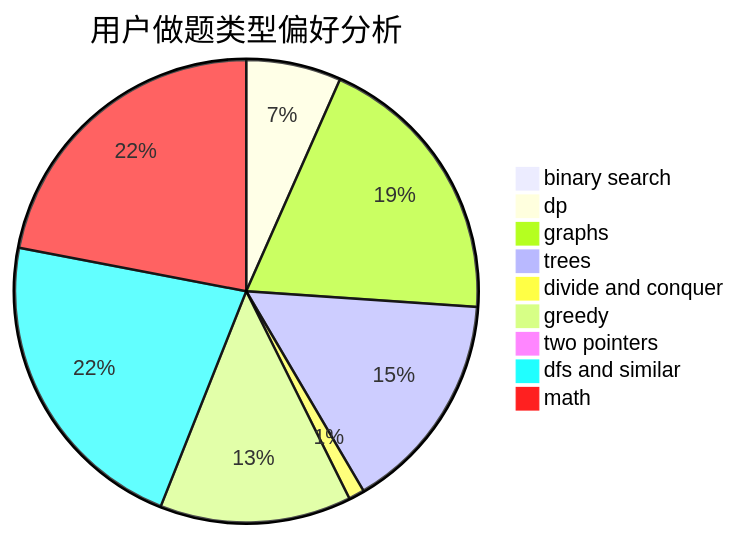
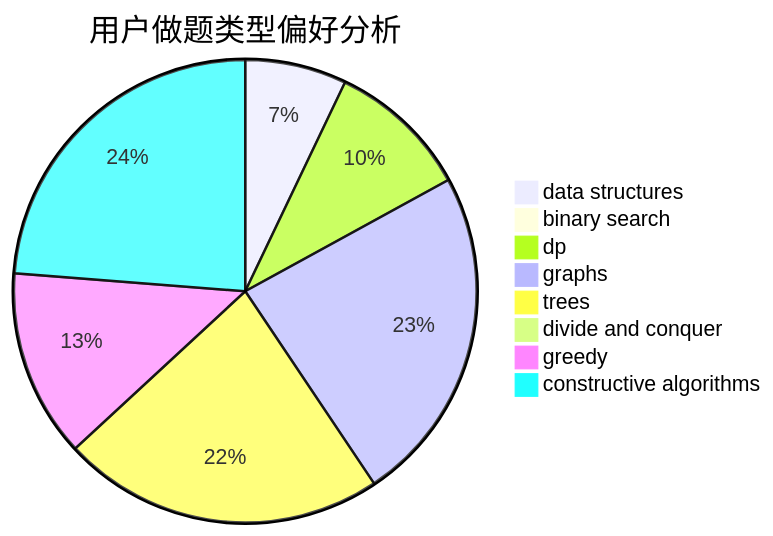
One commit to sherpahu/cfrs.github.io changed the second of 3 diagrams in docs/user/u33.md. Above: the diagram before and after it, drawn with Mermaid. The commit also changed other lines of this file and 2775 other files, not shown here.

````diff
--- a/docs/user/u33.md
+++ b/docs/user/u33.md
@@ -23,12 +23,11 @@
 ```mermaid
 pie title 用户做题类型偏好分析
+    "data structures" :  40
     "binary search" :  0
-    "dp" :  60
-    "graphs" :  176
-    "trees" :  140
-    "divide and conquer" :  10
-    "greedy" :  121
-    "two pointers" :  1
-    "dfs and similar" :  199
-    "math" :  199
+    "dp" :  56
+    "graphs" :  133
+    "trees" :  127
+    "divide and conquer" :  4
+    "greedy" :  74
+    "constructive algorithms" :  134
 ```
````
